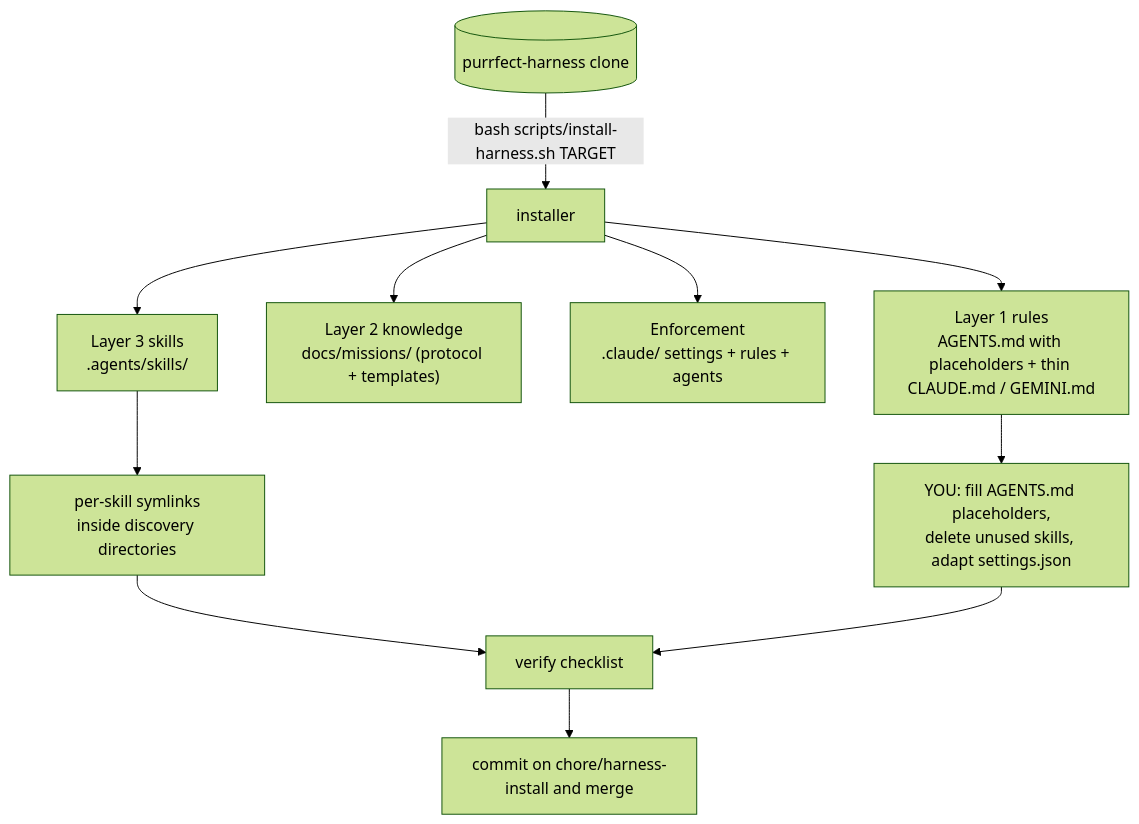
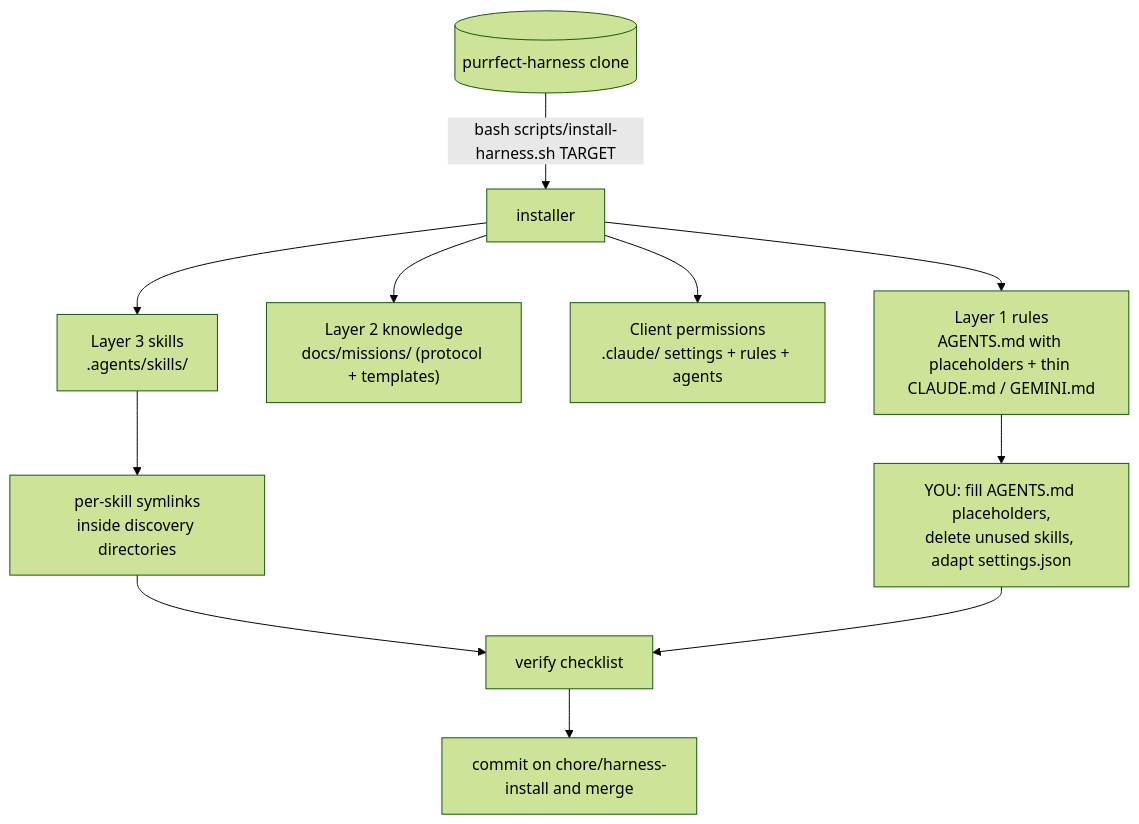
The second of 5 diagrams in README.md (hashorva/purrfect-harness), drawn with Mermaid (forest theme) before and after one commit. The commit also changed other lines of this file and 15 other files, not shown here.

````diff
--- a/README.md
+++ b/README.md
@@ -95,13 +125,13 @@
 ```mermaid
 flowchart TD
   H[("purrfect-harness clone")] -->|"bash scripts/install-harness.sh TARGET"| I["installer"]
   I --> P1["Layer 3 skills<br/>.agents/skills/"]
   I --> P2["Layer 2 knowledge<br/>docs/missions/ (protocol + templates)"]
-  I --> P3["Enforcement<br/>.claude/ settings + rules + agents"]
+  I --> P3["Client permissions<br/>.claude/ settings + rules + agents"]
   I --> P4["Layer 1 rules<br/>AGENTS.md with placeholders + thin CLAUDE.md / GEMINI.md"]
   P1 --> SYM["per-skill symlinks<br/>inside discovery directories"]
   P4 --> YOU["YOU: fill AGENTS.md placeholders,<br/>delete unused skills, adapt settings.json"]
   SYM --> V["verify checklist"]
   YOU --> V
   V --> C["commit on chore/harness-install and merge"]
 ```
````
